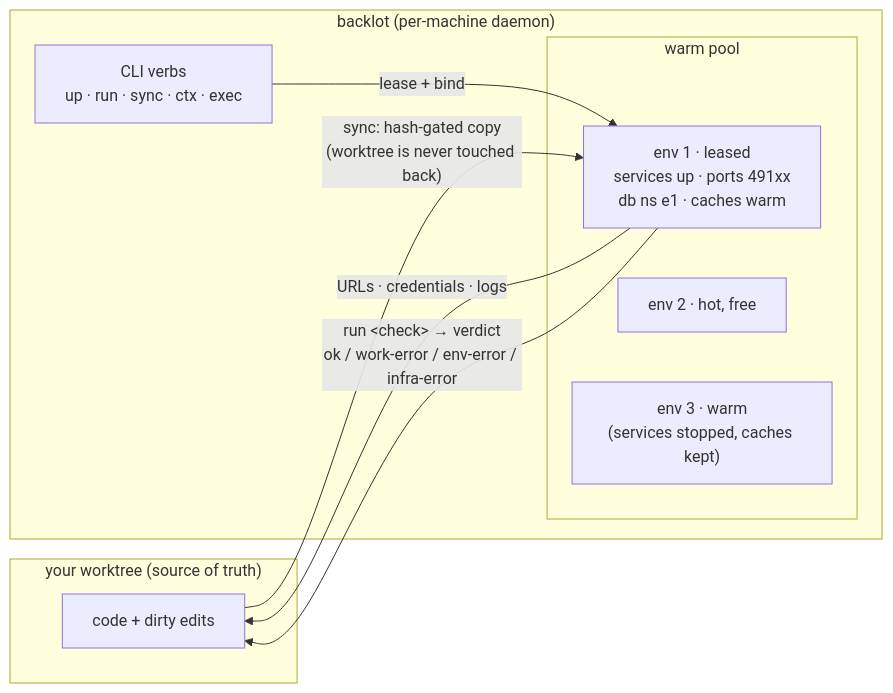
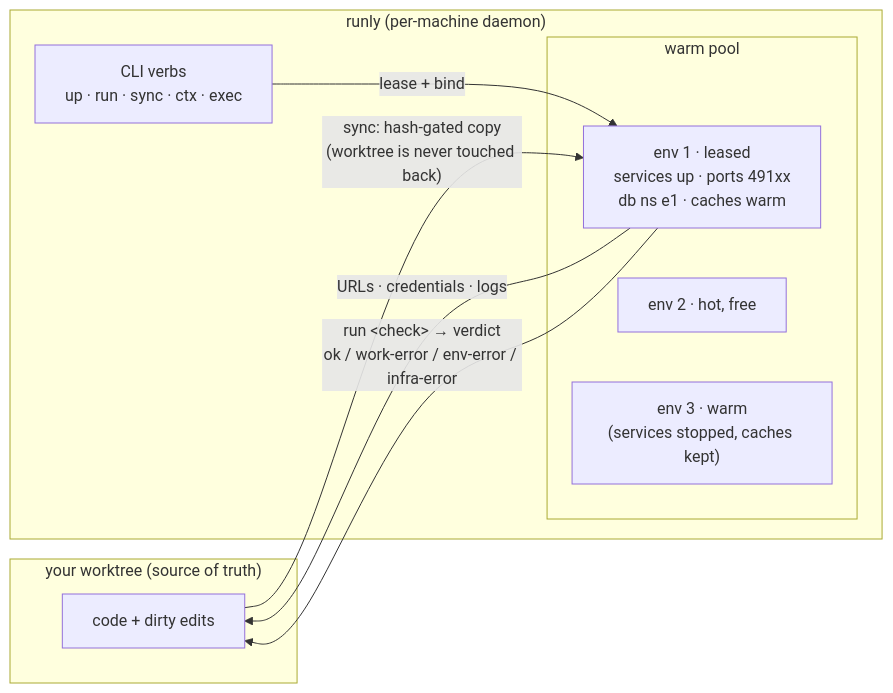
One commit to ChristianKohlberg/backlot changed the first of 2 diagrams in docs/overview.md. Above: the diagram before and after it, drawn with Mermaid. The commit also changed other lines of this file and 94 other files, not shown here.

Commit message:
feat: rename Backlot to Runly with compatibility aliases

````diff
--- a/docs/overview.md
+++ b/docs/overview.md
@@ -29,18 +29,18 @@
 ```mermaid
 flowchart LR
     subgraph you["your worktree (source of truth)"]
         WT["code + dirty edits"]
     end
-    subgraph broker["backlot (per-machine daemon)"]
+    subgraph broker["runly (per-machine daemon)"]
         CLI["CLI verbs<br/>up · run · sync · ctx · exec"]
         subgraph pool["warm pool"]
             E1["env 1 · leased<br/>services up · ports 491xx<br/>db ns e1 · caches warm"]
             E2["env 2 · hot, free"]
             E3["env 3 · warm<br/>(services stopped, caches kept)"]
         end
     end
     WT -- "sync: hash-gated copy<br/>(worktree is never touched back)" --> E1
     CLI -- "lease + bind" --> E1
     E1 -- "URLs · credentials · logs" --> WT
     E1 -- "run &lt;check&gt; → verdict<br/>ok / work-error / env-error / infra-error" --> WT
 ```
````
